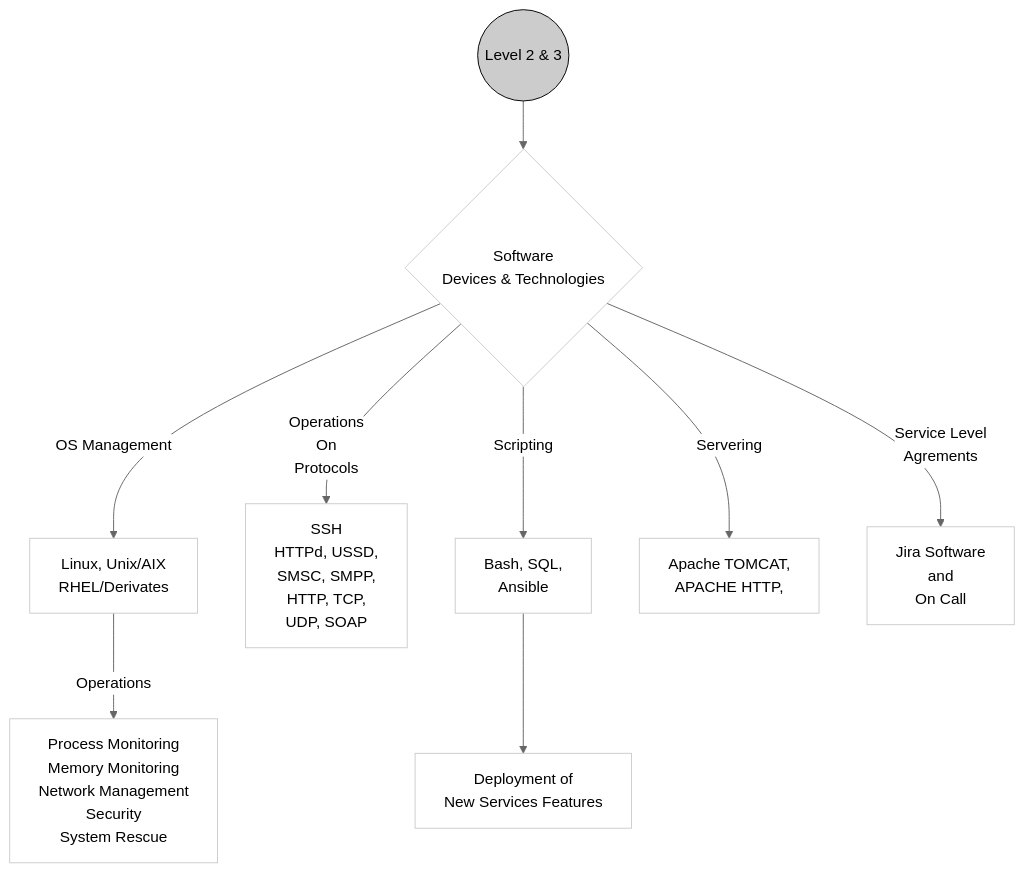
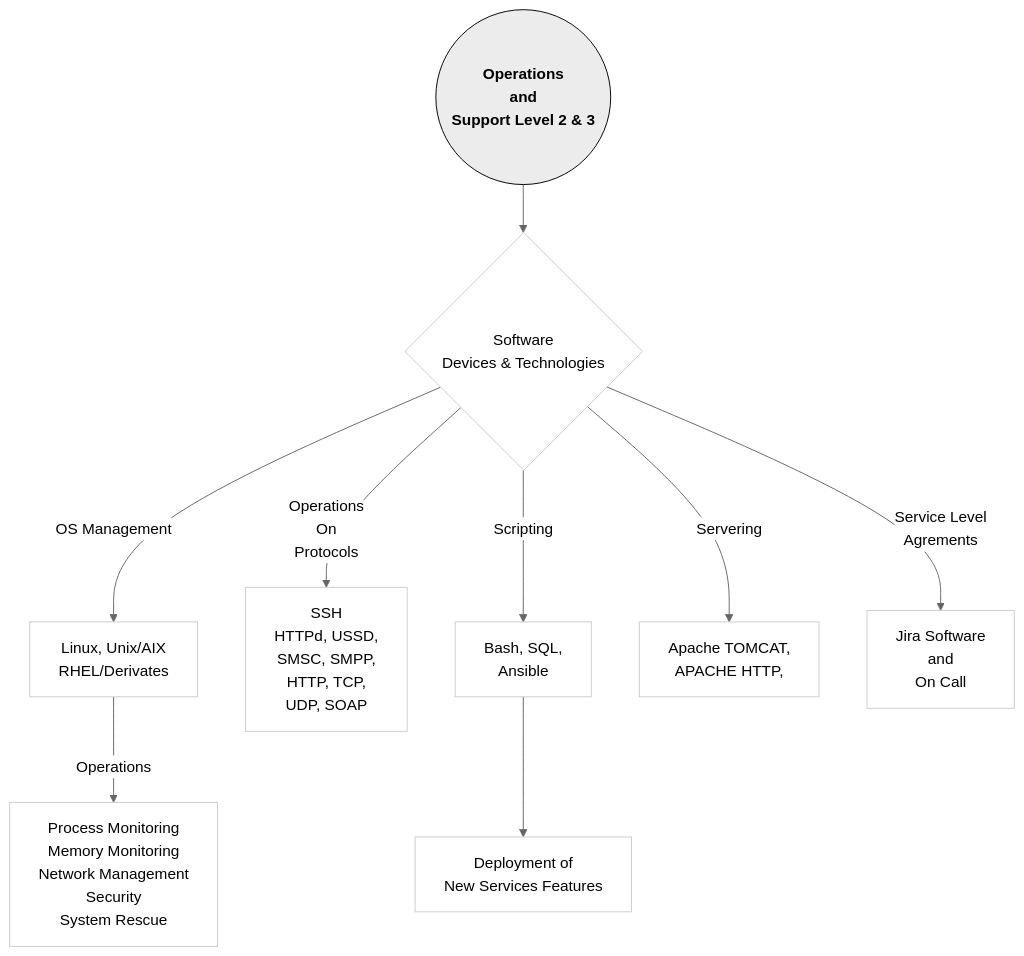
Before and after one commit to kjfigueroa/profile: the fourth of 7 diagrams in README.md, drawn with Mermaid (neutral theme). The commit also changed other lines of this file, not shown here.

````diff
--- a/README.md
+++ b/README.md
@@ -95,18 +109,18 @@
 ```mermaid
 flowchart TD
-L((Level 2 & 3));style L fill:#ccc,stroke:#000;
+L((<b>Operations</b><br><b>and</b><br>&nbsp;&nbsp;<b>Support Level 2 & 3</b>&nbsp;&nbsp;));style L fill:#ececec,stroke:#000;
 SDT{Software<br>Devices & Technologies}; style SDT fill:#fff,stroke:#ccc;
 O[Linux, Unix/AIX<br>RHEL/Derivates]; style O fill:#fff,stroke:#ccc;
 O1[Process Monitoring<br>Memory Monitoring<br>Network Management<br>Security<br>System Rescue]; style O1 fill:#fff,stroke:#ccc;
 OPS[SSH<br>HTTPd, USSD,<br> SMSC, SMPP,<br> HTTP, TCP,<br> UDP, SOAP]; style OPS fill:#fff,stroke:#ccc;
 SC[Bash, SQL,<br>Ansible]; style SC fill:#fff,stroke:#ccc;
 SC1[Deployment of<br>New Services Features]; style SC1 fill:#fff,stroke:#ccc;
 SV[Apache TOMCAT,<br>APACHE HTTP,<br>];style SV fill:#fff,stroke:#ccc;
 SL[Jira Software<br>and<br>On Call]; style SL fill:#fff,stroke:#ccc;
 L --> SDT
 SDT -->|OS Management| O; O -->|Operations| O1
 SDT -->|Operations<br>On<br>Protocols| OPS
 SDT -->|Scripting| SC --> SC1
 SDT -->|Servering| SV
 SDT -->|Service Level<br>Agrements| SL
 ```
````
